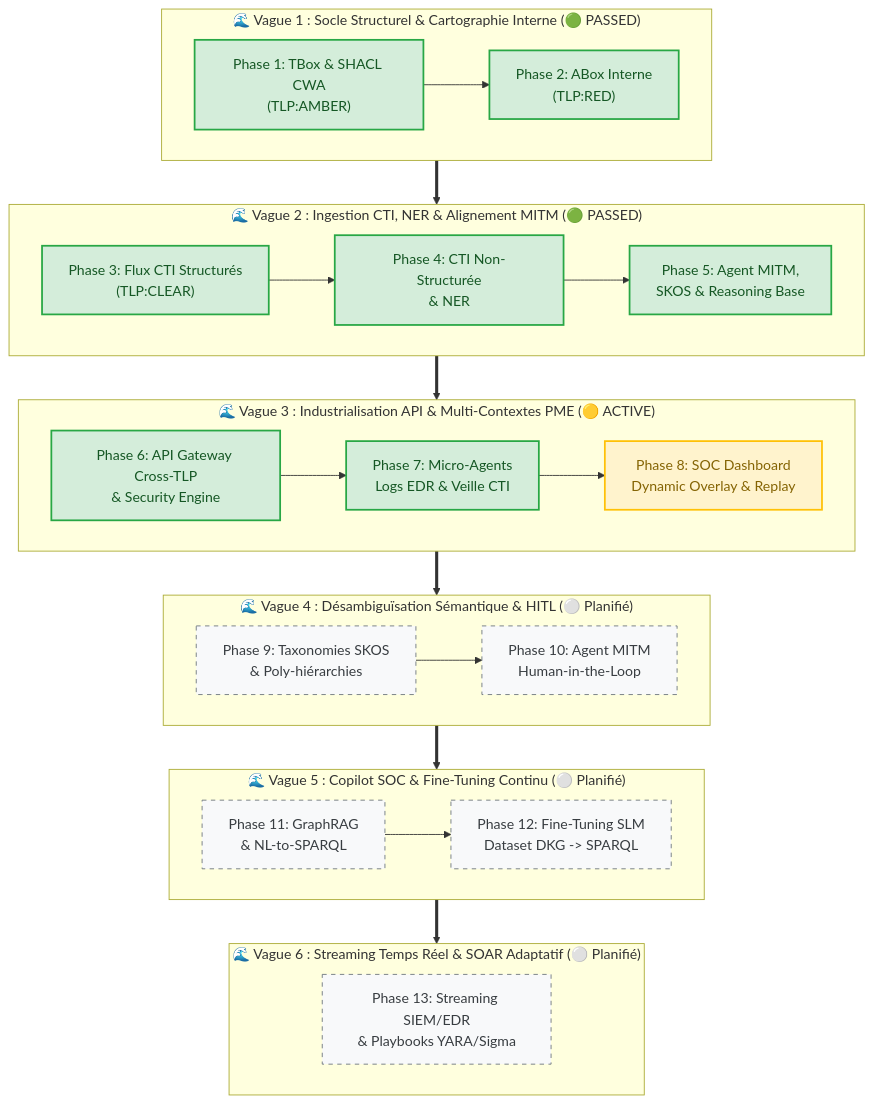
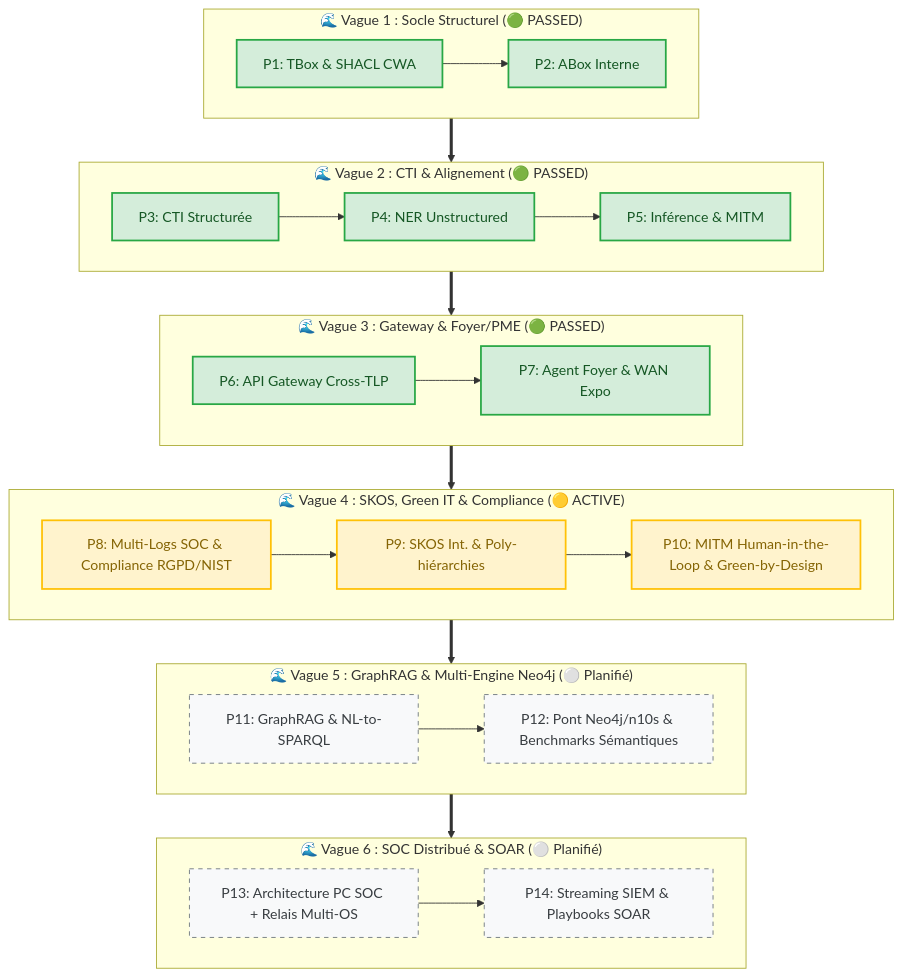
Before and after one commit to AlbanLher/Dkg-cybersec: the diagram in 00-Projet/Roadmap_Suivi-Avancement.md, drawn with Mermaid. The commit also changed other lines of this file, not shown here.

Commit message:
Mise a jour de la Roadmap

````diff
--- a/00-Projet/Roadmap_Suivi-Avancement.md
+++ b/00-Projet/Roadmap_Suivi-Avancement.md
@@ -43,49 +40,42 @@
 ```mermaid
 graph TB
-    %% Styles de statut
     classDef passed fill:#d4edda,stroke:#28a745,stroke-width:2px,color:#155724;
     classDef active fill:#fff3cd,stroke:#ffc107,stroke-width:2px,color:#856404;
     classDef planned fill:#f8f9fa,stroke:#6c757d,stroke-width:1px,stroke-dasharray: 5 5,color:#383d41;
 
-    subgraph V1 ["🌊 Vague 1 : Socle Structurel & Cartographie Interne (🟢 PASSED)"]
+    subgraph V1 ["🌊 Vague 1 : Socle Structurel (🟢 PASSED)"]
         direction LR
-        P1["Phase 1: TBox & SHACL CWA<br/>(TLP:AMBER)"] --> P2["Phase 2: ABox Interne<br/>(TLP:RED)"]
+        P1["P1: TBox & SHACL CWA"] --> P2["P2: ABox Interne"]
     end
 
-    subgraph V2 ["🌊 Vague 2 : Ingestion CTI, NER & Alignement MITM (🟢 PASSED)"]
+    subgraph V2 ["🌊 Vague 2 : CTI & Alignement (🟢 PASSED)"]
         direction LR
-        P3["Phase 3: Flux CTI Structurés<br/>(TLP:CLEAR)"] --> P4["Phase 4: CTI Non-Structurée<br/>& NER"] --> P5["Phase 5: Agent MITM,<br/>SKOS & Reasoning Base"]
+        P3["P3: CTI Structurée"] --> P4["P4: NER Unstructured"] --> P5["P5: Inférence & MITM"]
     end
 
-    subgraph V3 ["🌊 Vague 3 : Industrialisation API & Multi-Contextes PME (🟡 ACTIVE)"]
+    subgraph V3 ["🌊 Vague 3 : Gateway & Foyer/PME (🟢 PASSED)"]
         direction LR
-        P6["Phase 6: API Gateway Cross-TLP<br/>& Security Engine"] --> P7["Phase 7: Micro-Agents<br/>Logs EDR & Veille CTI"] --> P8["Phase 8: SOC Dashboard<br/>Dynamic Overlay & Replay"]
+        P6["P6: API Gateway Cross-TLP"] --> P7["P7: Agent Foyer & WAN Expo"]
     end
 
-    subgraph V4 ["🌊 Vague 4 : Désambiguïsation Sémantique & HITL (⚪ Planifié)"]
+    subgraph V4 ["🌊 Vague 4 : SKOS, Green IT & Compliance (🟡 ACTIVE)"]
         direction LR
-        P9["Phase 9: Taxonomies SKOS<br/>& Poly-hiérarchies"] --> P10["Phase 10: Agent MITM<br/>Human-in-the-Loop"]
+        P8["P8: Multi-Logs SOC & Compliance RGPD/NIST"] --> P9["P9: SKOS Int. & Poly-hiérarchies"] --> P10["P10: MITM Human-in-the-Loop & Green-by-Design"]
     end
 
-    subgraph V5 ["🌊 Vague 5 : Copilot SOC & Fine-Tuning Continu (⚪ Planifié)"]
+    subgraph V5 ["🌊 Vague 5 : GraphRAG & Multi-Engine Neo4j (⚪ Planifié)"]
         direction LR
-        P11["Phase 11: GraphRAG<br/>& NL-to-SPARQL"] --> P12["Phase 12: Fine-Tuning SLM<br/>Dataset DKG -> SPARQL"]
+        P11["P11: GraphRAG & NL-to-SPARQL"] --> P12["P12: Pont Neo4j/n10s & Benchmarks Sémantiques"]
     end
 
-    subgraph V6 ["🌊 Vague 6 : Streaming Temps Réel & SOAR Adaptatif (⚪ Planifié)"]
+    subgraph V6 ["🌊 Vague 6 : SOC Distribué & SOAR (⚪ Planifié)"]
         direction LR
-        P13["Phase 13: Streaming SIEM/EDR<br/>& Playbooks YARA/Sigma"]
+        P13["P13: Architecture PC SOC + Relais Multi-OS"] --> P14["P14: Streaming SIEM & Playbooks SOAR"]
     end
 
-    %% Chaînage des Vagues
-    V1 ==> V2
-    V2 ==> V3
-    V3 ==> V4
-    V4 ==> V5
-    V5 ==> V6
+    V1 ==> V2 ==> V3 ==> V4 ==> V5 ==> V6
 
-    %% Application des classes
     class P1,P2,P3,P4,P5,P6,P7 passed;
-    class P8 active;
-    class P9,P10,P11,P12,P13 planned;
+    class P8,P9,P10 active;
+    class P11,P12,P13,P14 planned;
 ```
````
